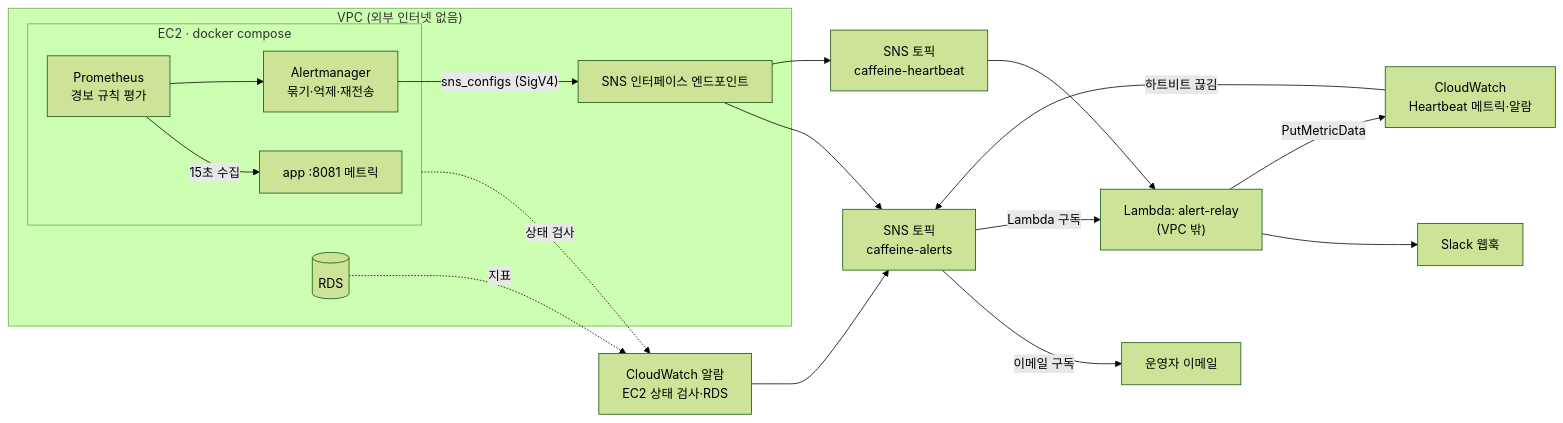
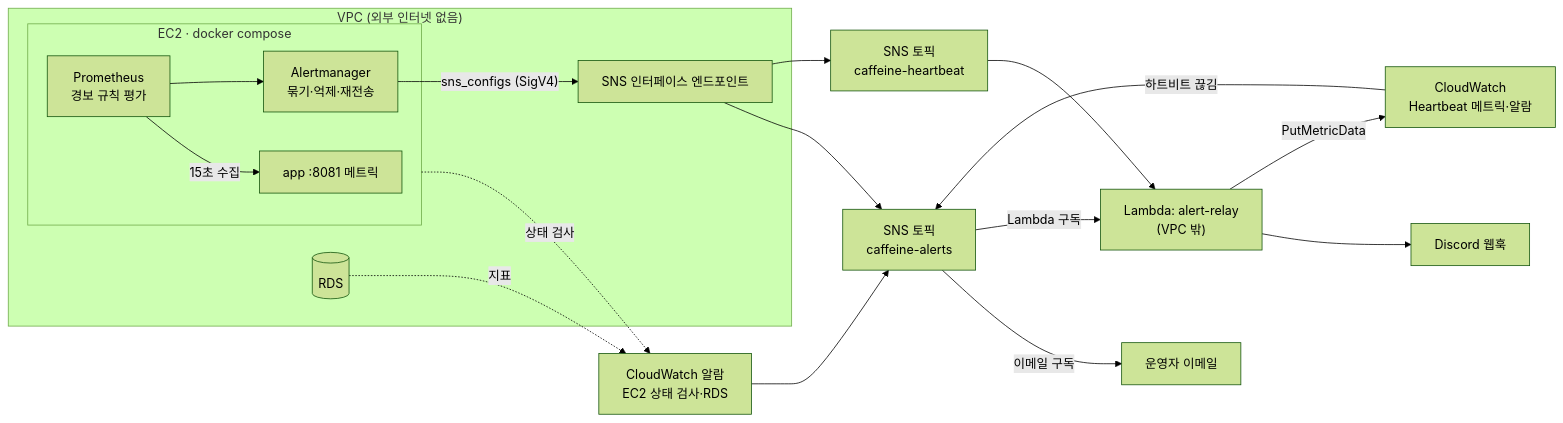
Before and after one commit to ksiksit/caffeine_tracker_server: the diagram in docs/alerting-plan.md, drawn with Mermaid (forest theme). The commit also changed other lines of this file and 5 other files, not shown here.

````diff
--- a/docs/alerting-plan.md
+++ b/docs/alerting-plan.md
@@ -41,32 +42,32 @@
 ```mermaid
 flowchart LR
     subgraph VPC["VPC (외부 인터넷 없음)"]
         subgraph EC2["EC2 · docker compose"]
             APP[app :8081 메트릭]
             PROM["Prometheus<br/>경보 규칙 평가"]
             AM["Alertmanager<br/>묶기·억제·재전송"]
         end
         EP[SNS 인터페이스 엔드포인트]
         RDS[(RDS)]
     end
     TA[SNS 토픽<br/>caffeine-alerts]
     TH[SNS 토픽<br/>caffeine-heartbeat]
     MAIL[운영자 이메일]
     L["Lambda: alert-relay<br/>(VPC 밖)"]
-    DC[Slack 웹훅]
+    DC[Discord 웹훅]
     CW["CloudWatch<br/>Heartbeat 메트릭·알람"]
     CWA["CloudWatch 알람<br/>EC2 상태 검사·RDS"]
 
     PROM -- 15초 수집 --> APP
     PROM --> AM
     AM -- "sns_configs (SigV4)" --> EP
     EP --> TA
     EP --> TH
     TA -- 이메일 구독 --> MAIL
     TA -- Lambda 구독 --> L --> DC
     TH --> L -- PutMetricData --> CW
     CW -- "하트비트 끊김" --> TA
     CWA --> TA
     EC2 -.상태 검사.-> CWA
     RDS -.지표.-> CWA
 ```
````
